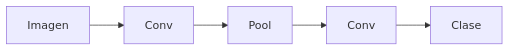
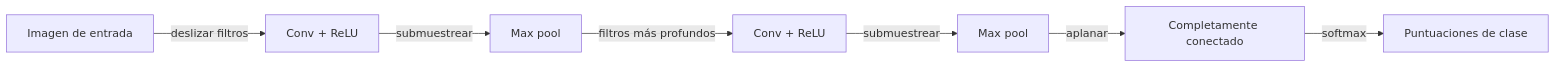
Before and after one commit to EmersonBraun/ai-summary-hub: the diagram in i18n/es/docusaurus-plugin-content-docs/current/neural-networks/cnn.md, drawn with Mermaid. The commit also changed other lines of this file and 242 other files, not shown here.

````diff
--- a/i18n/es/docusaurus-plugin-content-docs/current/neural-networks/cnn.md
+++ b/i18n/es/docusaurus-plugin-content-docs/current/neural-networks/cnn.md
@@ -17,7 +21,9 @@
 ```mermaid
 flowchart LR
-  Image[Imagen] --> Conv[Conv]
-  Conv --> Pool[Pool]
-  Pool --> Conv2[Conv]
-  Conv2 --> Class[Clase]
+  Image[Imagen de entrada] -->|deslizar filtros| Conv1[Conv + ReLU]
+  Conv1 -->|submuestrear| Pool1[Max pool]
+  Pool1 -->|filtros más profundos| Conv2[Conv + ReLU]
+  Conv2 -->|submuestrear| Pool2[Max pool]
+  Pool2 -->|aplanar| FC[Completamente conectado]
+  FC -->|softmax| Class[Puntuaciones de clase]
 ```
````
